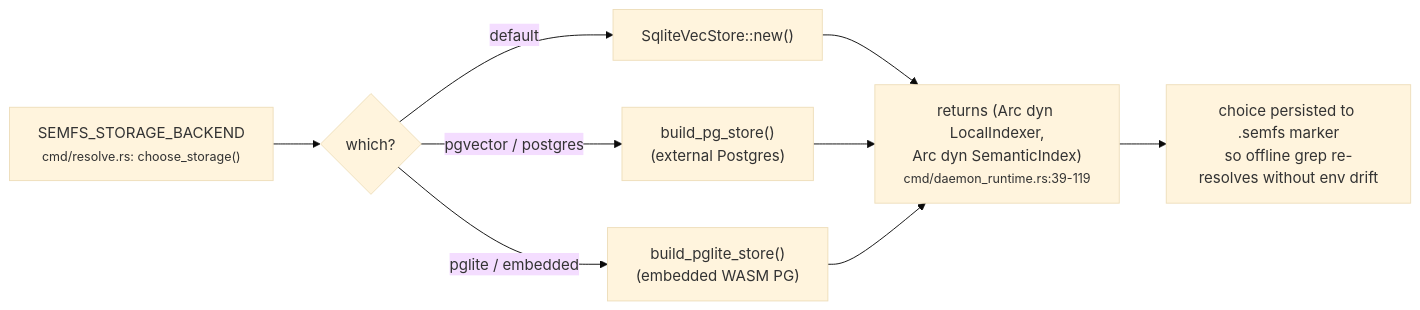
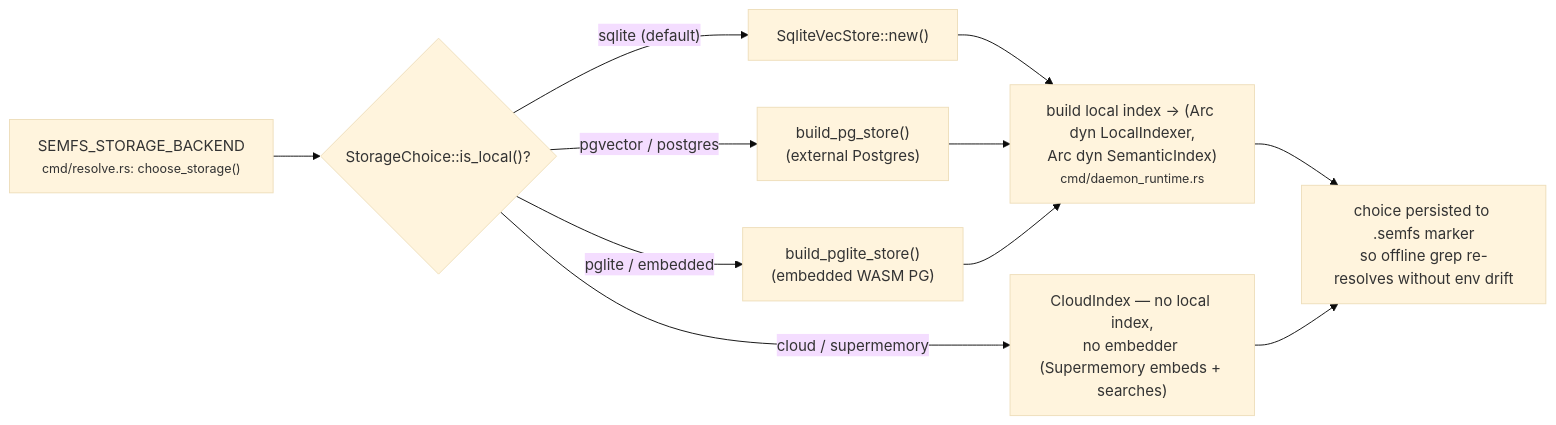
Before and after one commit to marmikcfc/semfs: the third of 8 diagrams in docs/ARCHITECTURE.md, drawn with Mermaid (base theme). The commit also changed other lines of this file and 9 other files, not shown here.

First line of the commit message:
refactor(embed): remove HashEmbedder; route local-vs-cloud on StorageChoice

````diff
--- a/docs/ARCHITECTURE.md
+++ b/docs/ARCHITECTURE.md
@@ -231,9 +231,10 @@
 ```mermaid
 flowchart LR
-    ENV["SEMFS_STORAGE_BACKEND<br/><small>cmd/resolve.rs: choose_storage()</small>"] --> D{which?}
-    D -->|default| S["SqliteVecStore::new()"]
+    ENV["SEMFS_STORAGE_BACKEND<br/><small>cmd/resolve.rs: choose_storage()</small>"] --> D{"StorageChoice::is_local()?"}
+    D -->|"sqlite (default)"| S["SqliteVecStore::new()"]
     D -->|pgvector / postgres| P["build_pg_store()<br/>(external Postgres)"]
     D -->|pglite / embedded| L["build_pglite_store()<br/>(embedded WASM PG)"]
-    S & P & L --> R["returns (Arc dyn LocalIndexer,<br/>Arc dyn SemanticIndex)<br/><small>cmd/daemon_runtime.rs:39-119</small>"]
-    R --> MK["choice persisted to .semfs marker<br/>so offline grep re-resolves without env drift"]
+    D -->|"cloud / supermemory"| C["CloudIndex — no local index,<br/>no embedder (Supermemory embeds + searches)"]
+    S & P & L --> R["build local index → (Arc dyn LocalIndexer,<br/>Arc dyn SemanticIndex)<br/><small>cmd/daemon_runtime.rs</small>"]
+    R & C --> MK["choice persisted to .semfs marker<br/>so offline grep re-resolves without env drift"]
 ```
````
